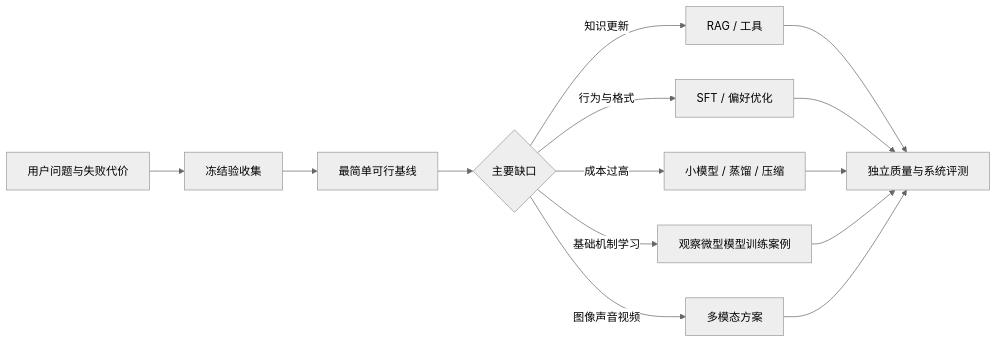
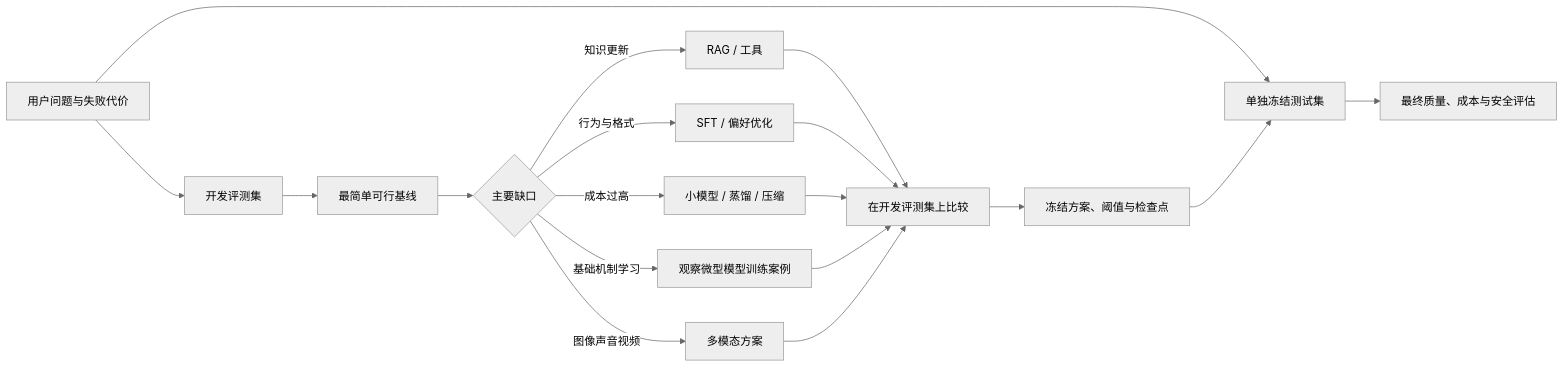
The diagram in 06-拓展知识库/实际模型项目/README.md (chengzhang0528/LLMTrain), drawn with Mermaid (neutral theme) before and after one commit. The commit also changed other lines of this file and 123 other files, not shown here.

````diff
--- a/06-拓展知识库/实际模型项目/README.md
+++ b/06-拓展知识库/实际模型项目/README.md
@@ -9,16 +9,20 @@
 ```mermaid
 flowchart LR
-    A["用户问题与失败代价"] --> B["冻结验收集"]
+    A["用户问题与失败代价"] --> B["开发评测集"]
+    A --> T["单独冻结测试集"]
     B --> C["最简单可行基线"]
     C --> D{"主要缺口"}
     D -->|"知识更新"| E["RAG / 工具"]
     D -->|"行为与格式"| F["SFT / 偏好优化"]
     D -->|"成本过高"| G["小模型 / 蒸馏 / 压缩"]
     D -->|"基础机制学习"| H["观察微型模型训练案例"]
     D -->|"图像声音视频"| I["多模态方案"]
-    E --> J["独立质量与系统评测"]
+    E --> J["在开发评测集上比较"]
     F --> J
     G --> J
     H --> J
     I --> J
+    J --> K["冻结方案、阈值与检查点"]
+    K --> T
+    T --> L["最终质量、成本与安全评估"]
 ```
````
